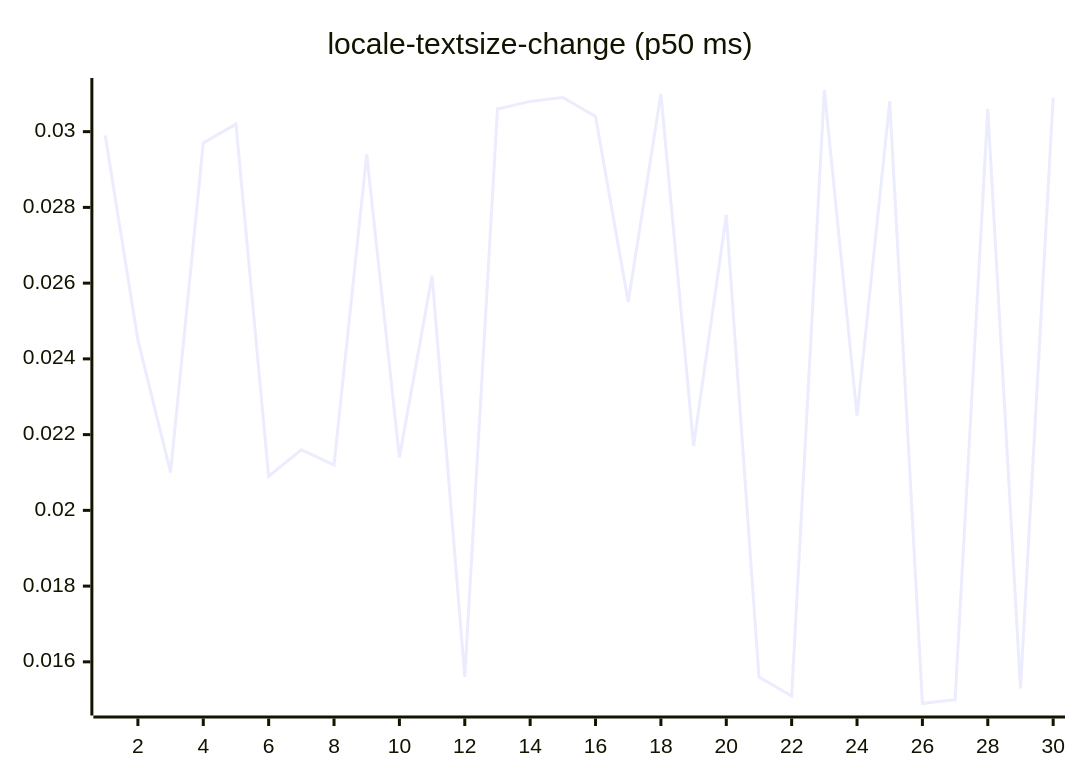
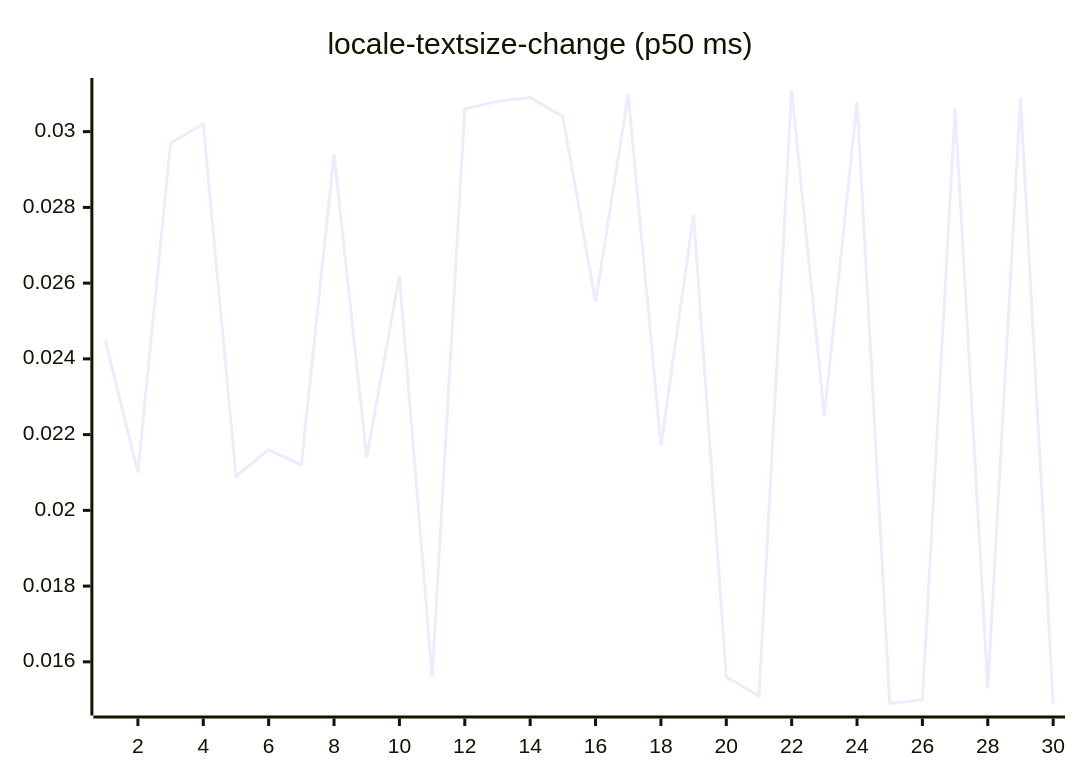
Diagram 13 of 27 in README.md (josha/Facet), drawn with Mermaid before and after one commit. The commit also changed other lines of this file and 2 other files, not shown here.

````diff
--- a/README.md
+++ b/README.md
@@ -147,6 +147,6 @@
 ```mermaid
 xychart-beta
     title "locale-textsize-change (p50 ms)"
     x-axis 1 --> 30
-    line [0.0299, 0.0245, 0.0210, 0.0297, 0.0302, 0.0209, 0.0216, 0.0212, 0.0294, 0.0214, 0.0262, 0.0156, 0.0306, 0.0308, 0.0309, 0.0304, 0.0255, 0.0310, 0.0217, 0.0278, 0.0156, 0.0151, 0.0311, 0.0225, 0.0308, 0.0149, 0.0150, 0.0306, 0.0153, 0.0309]
+    line [0.0245, 0.0210, 0.0297, 0.0302, 0.0209, 0.0216, 0.0212, 0.0294, 0.0214, 0.0262, 0.0156, 0.0306, 0.0308, 0.0309, 0.0304, 0.0255, 0.0310, 0.0217, 0.0278, 0.0156, 0.0151, 0.0311, 0.0225, 0.0308, 0.0149, 0.0150, 0.0306, 0.0153, 0.0309, 0.0149]
 ```
````
